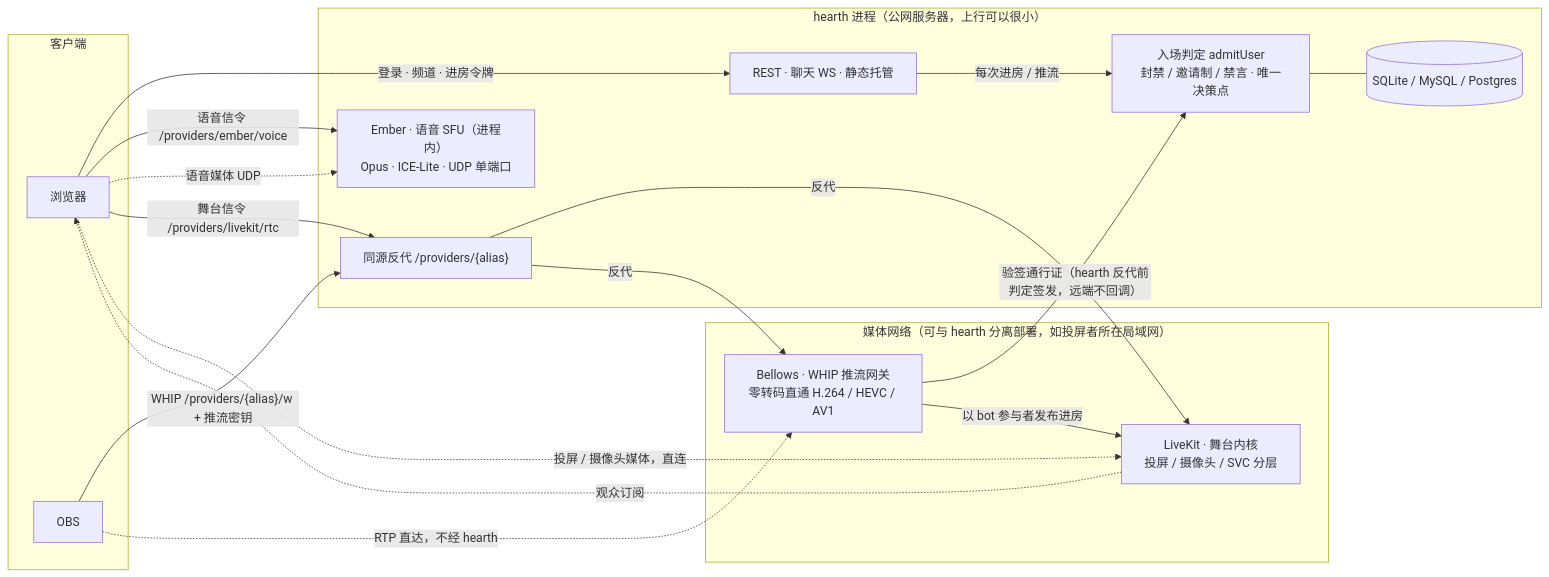
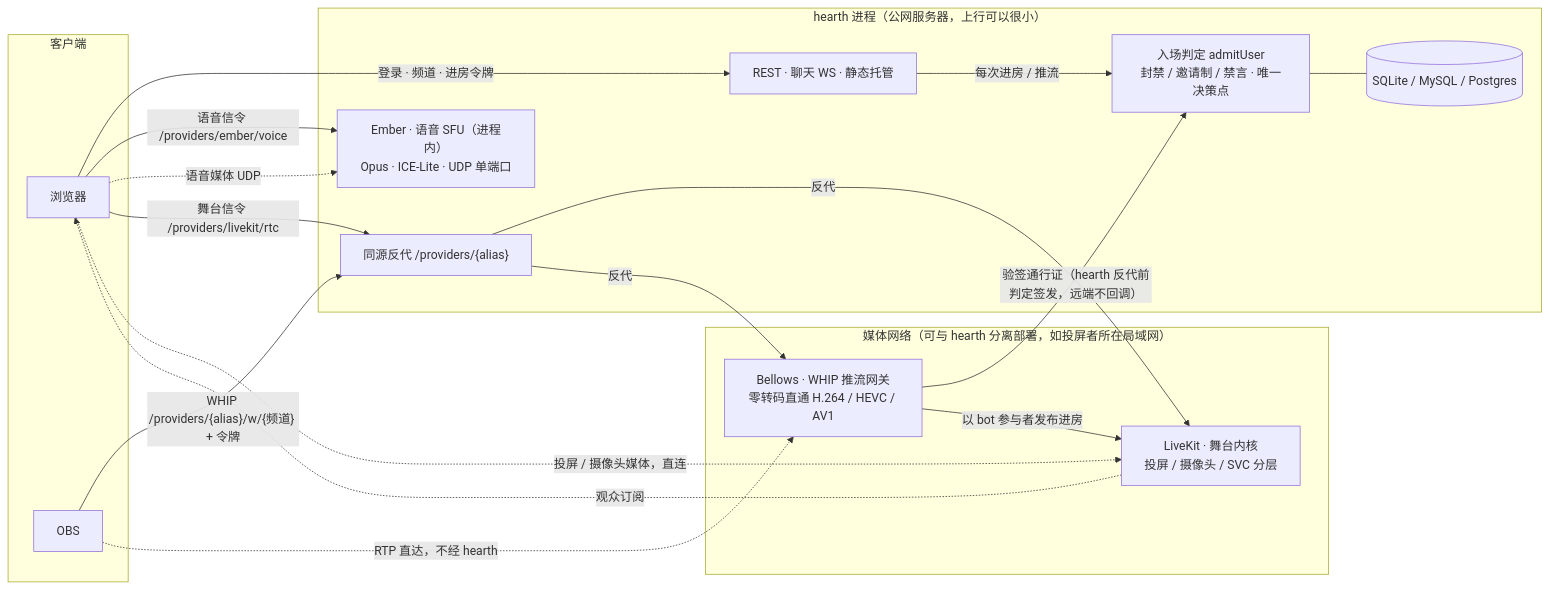
One commit to xiaoshao9704/hearth changed the diagram in README.md. Above: the diagram before and after it, drawn with Mermaid. The commit also changed other lines of this file and 42 other files, not shown here.

````diff
--- a/README.md
+++ b/README.md
@@ -25,38 +25,38 @@
 ```mermaid
 flowchart LR
   subgraph clients["客户端"]
     B["浏览器"]
     O["OBS"]
   end
 
   subgraph hearth["hearth 进程（公网服务器，上行可以很小）"]
     API["REST · 聊天 WS · 静态托管"]
     ADM["入场判定 admitUser<br/>封禁 / 邀请制 / 禁言 · 唯一决策点"]
     DB[("SQLite / MySQL / Postgres")]
     EMB["Ember · 语音 SFU（进程内）<br/>Opus · ICE-Lite · UDP 单端口"]
     PRX["同源反代 /providers/{alias}"]
   end
 
   subgraph media["媒体网络（可与 hearth 分离部署，如投屏者所在局域网）"]
     LK["LiveKit · 舞台内核<br/>投屏 / 摄像头 / SVC 分层"]
     BEL["Bellows · WHIP 推流网关<br/>零转码直通 H.264 / HEVC / AV1"]
   end
 
   B -- "登录 · 频道 · 进房令牌" --> API
   API -- "每次进房 / 推流" --> ADM
   ADM --- DB
 
   B -- "语音信令 /providers/ember/voice" --> EMB
   B -. "语音媒体 UDP" .-> EMB
 
   B -- "舞台信令 /providers/livekit/rtc" --> PRX
   PRX -- "反代" --> LK
   B -. "投屏 / 摄像头媒体，直连" .-> LK
   LK -. "观众订阅" .-> B
 
-  O -- "WHIP /providers/{alias}/w + 推流密钥" --> PRX
+  O -- "WHIP /providers/{alias}/w/{频道} + 令牌" --> PRX
   PRX -- "反代" --> BEL
   O -. "RTP 直达，不经 hearth" .-> BEL
   BEL -- "验签通行证（hearth 反代前判定签发，远端不回调）" --> ADM
   BEL -- "以 bot 参与者发布进房" --> LK
 ```
````
